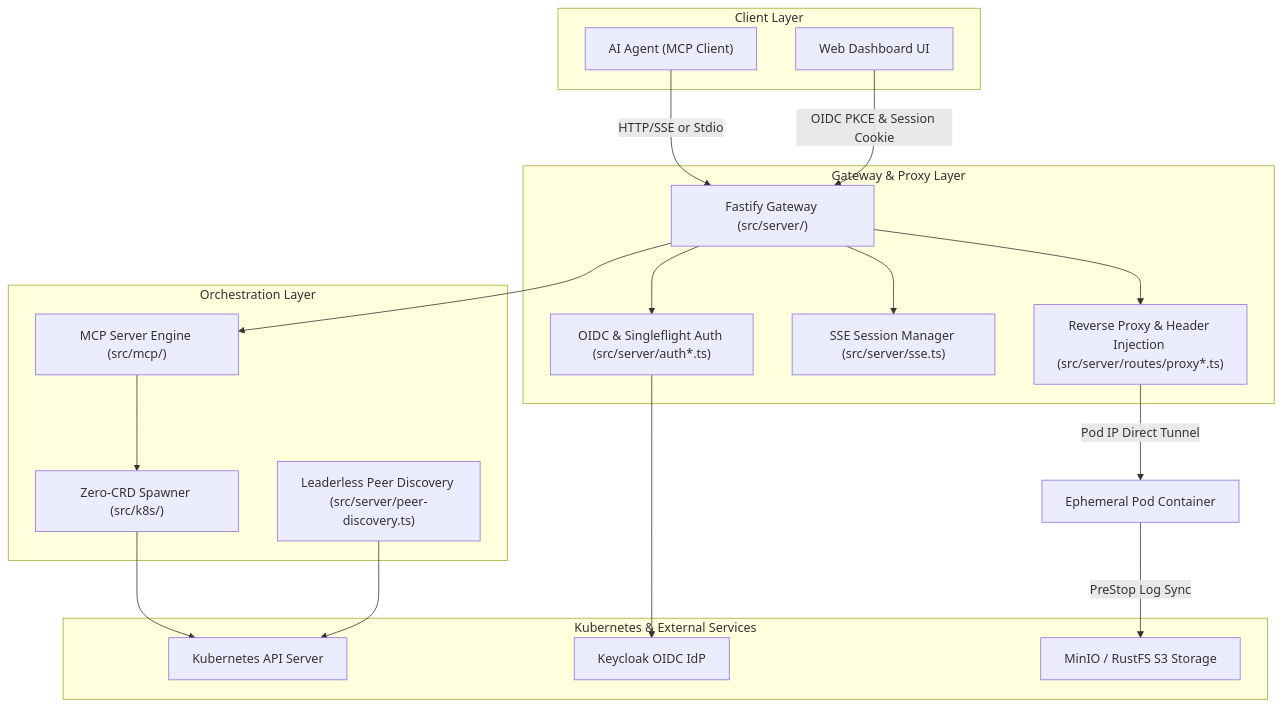
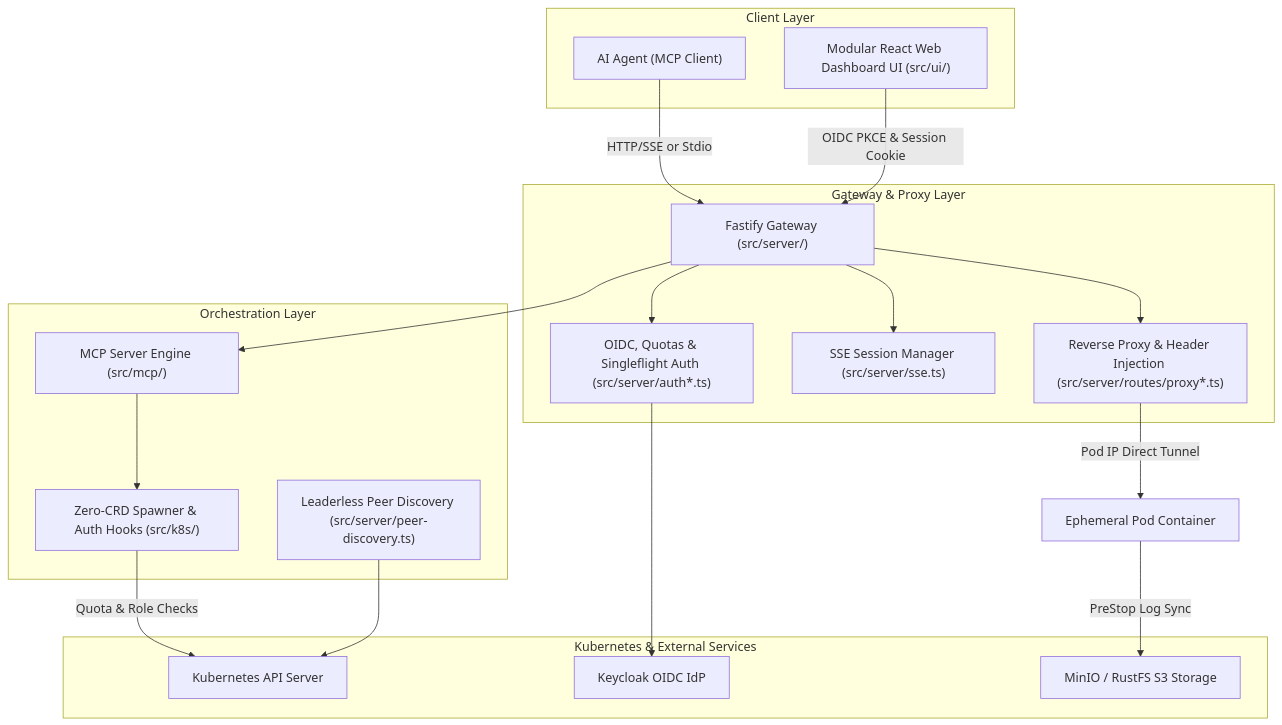
One commit to nogoo9/no-crd changed the diagram in docs/wiki/index.md. Above: the diagram before and after it, drawn with Mermaid. The commit also changed other lines of this file and 38 other files, not shown here.

````diff
--- a/docs/wiki/index.md
+++ b/docs/wiki/index.md
@@ -9,39 +9,39 @@
 ```mermaid
 graph TD
     subgraph Client Layer
         Agent["AI Agent (MCP Client)"]
-        UI["Web Dashboard UI"]
+        UI["Modular React Web Dashboard UI (src/ui/)"]
     end
 
     subgraph Gateway & Proxy Layer
         Fastify["Fastify Gateway (src/server/)"]
-        AuthModule["OIDC & Singleflight Auth (src/server/auth*.ts)"]
+        AuthModule["OIDC, Quotas & Singleflight Auth (src/server/auth*.ts)"]
         SSEMgr["SSE Session Manager (src/server/sse.ts)"]
         Proxy["Reverse Proxy & Header Injection (src/server/routes/proxy*.ts)"]
     end
 
     subgraph Orchestration Layer
         MCP["MCP Server Engine (src/mcp/)"]
-        Spawner["Zero-CRD Spawner (src/k8s/)"]
+        Spawner["Zero-CRD Spawner & Auth Hooks (src/k8s/)"]
         PeerDisc["Leaderless Peer Discovery (src/server/peer-discovery.ts)"]
     end
 
     subgraph Kubernetes & External Services
         K8sAPI["Kubernetes API Server"]
         Keycloak["Keycloak OIDC IdP"]
         Storage["MinIO / RustFS S3 Storage"]
     end
 
     Agent -->|HTTP/SSE or Stdio| Fastify
     UI -->|OIDC PKCE & Session Cookie| Fastify
     Fastify --> AuthModule
     AuthModule --> Keycloak
     Fastify --> SSEMgr
     Fastify --> MCP
     MCP --> Spawner
-    Spawner --> K8sAPI
+    Spawner -->|Quota & Role Checks| K8sAPI
     Fastify --> Proxy
     Proxy -->|Pod IP Direct Tunnel| Pod["Ephemeral Pod Container"]
     PeerDisc --> K8sAPI
     Pod -->|PreStop Log Sync| Storage
 ```
````
